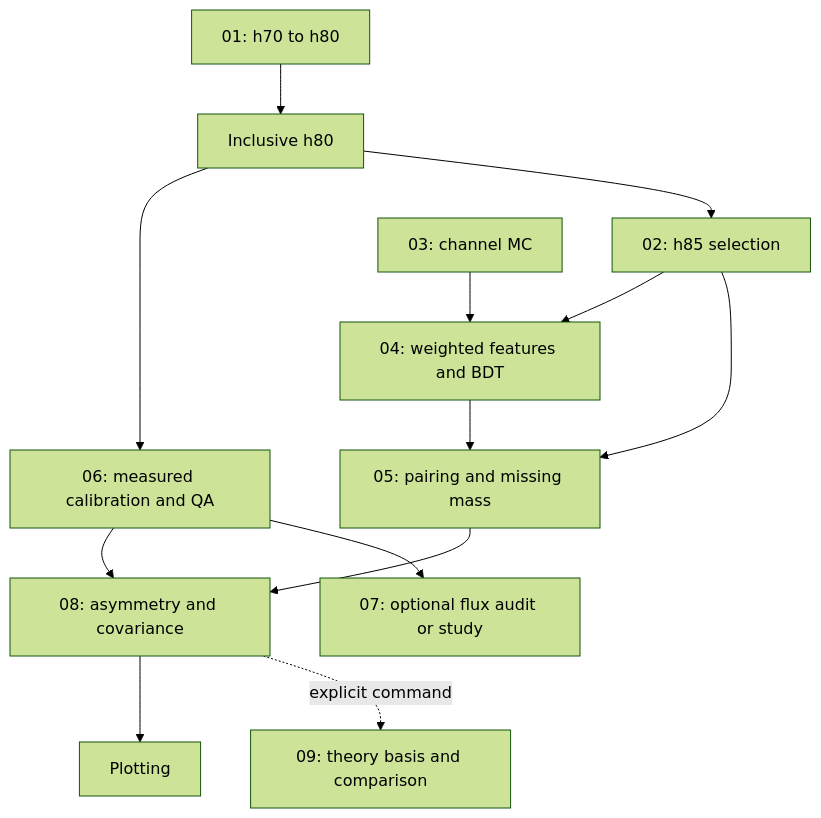
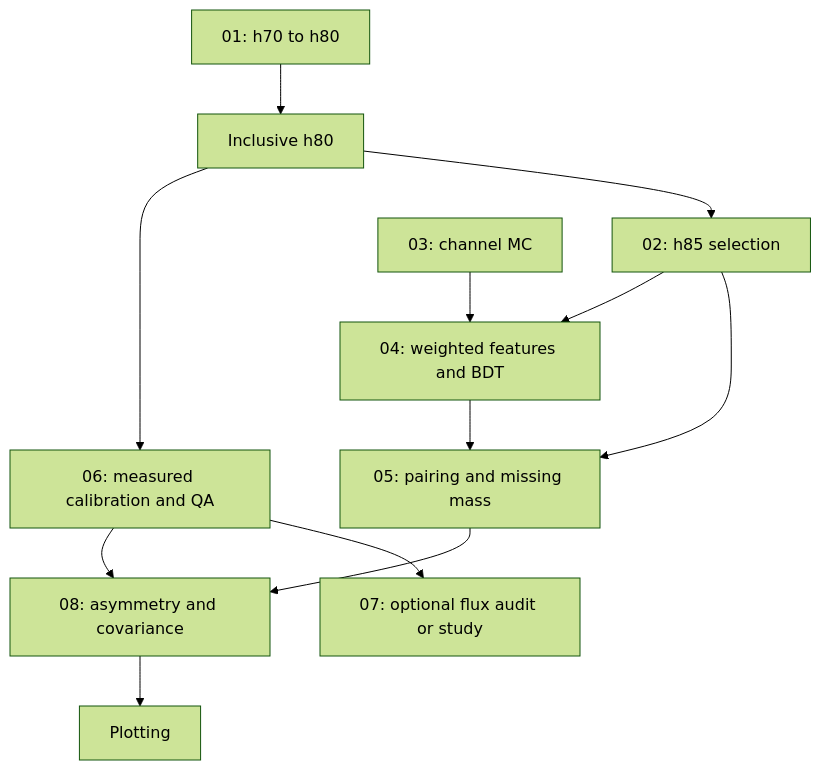
Before and after one commit to AntoninoFulci/GRAAL_Analysis: the diagram in wiki/workflow.md, drawn with Mermaid (forest theme). The commit also changed other lines of this file and 214 other files, not shown here.

````diff
--- a/wiki/workflow.md
+++ b/wiki/workflow.md
@@ -5,15 +5,14 @@
 ```mermaid
 flowchart TD
   raw[01: h70 to h80] --> h80[Inclusive h80]
   h80 --> cal[06: measured calibration and QA]
   h80 --> select[02: h85 selection]
   mc[03: channel MC] --> train[04: weighted features and BDT]
   select --> train
   select --> reco[05: pairing and missing mass]
   train --> reco
   cal --> extract[08: asymmetry and covariance]
   reco --> extract
   cal --> audit[07: optional flux audit or study]
   extract --> plots[Plotting]
-  extract -. explicit command .-> theory[09: theory basis and comparison]
 ```
````
